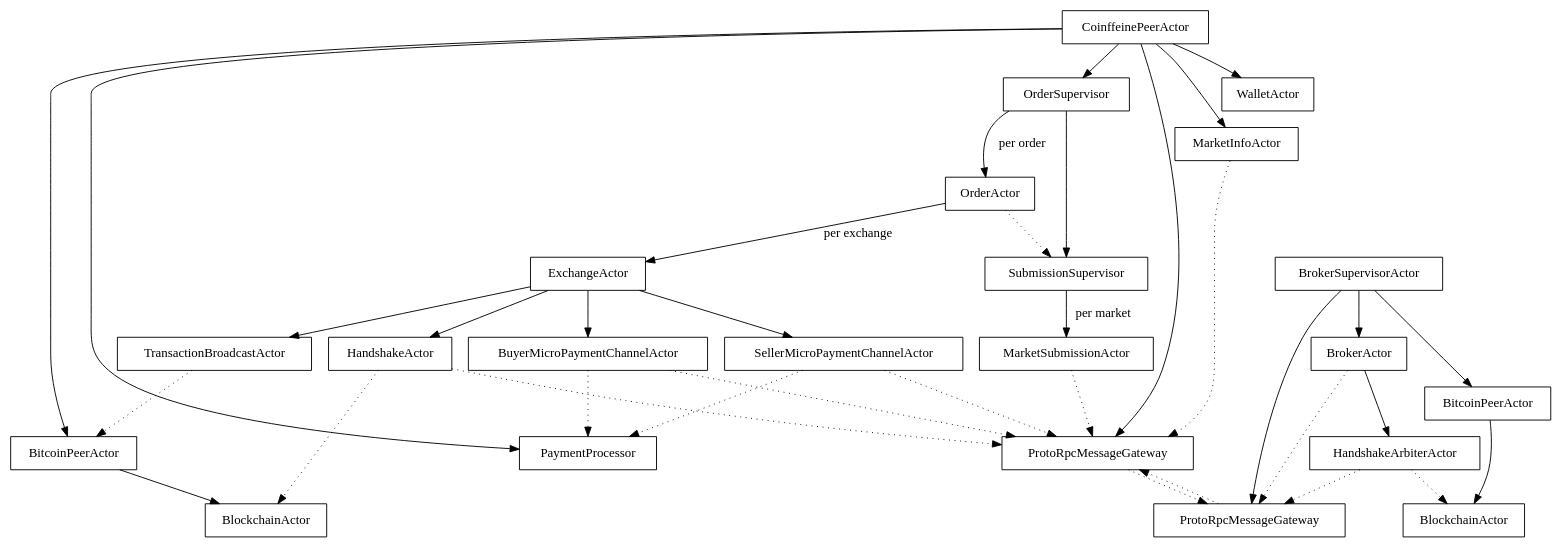
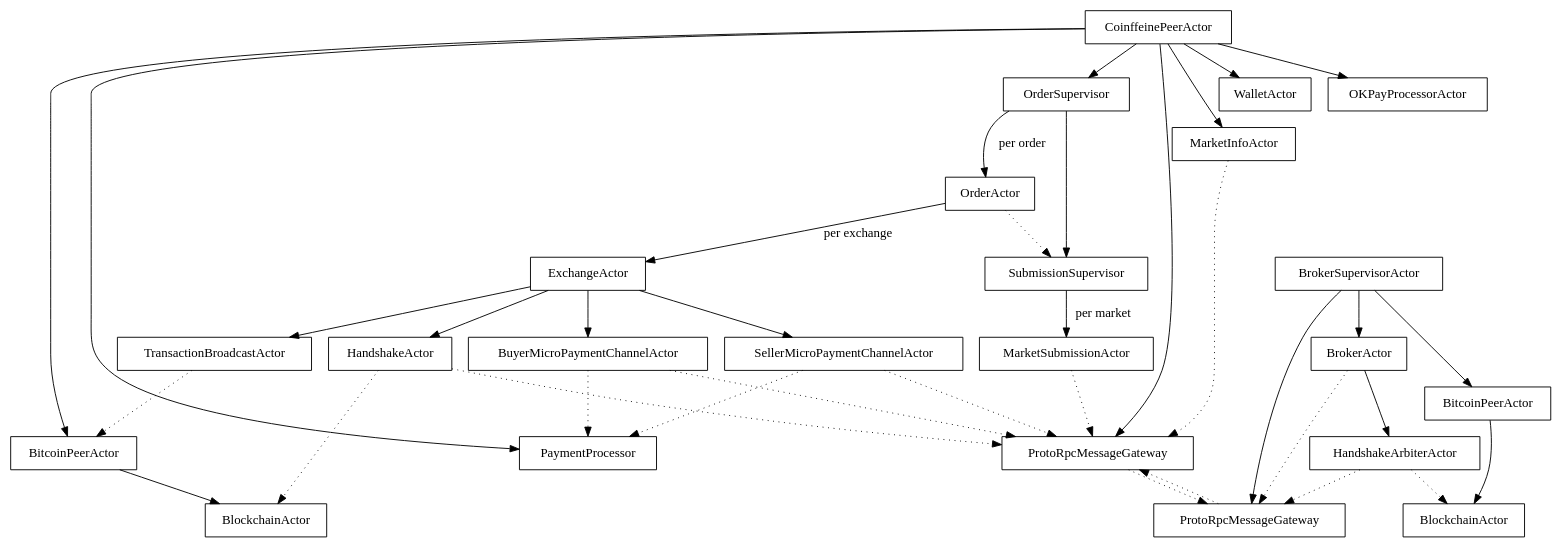
One commit to Gutalean/coinffeine changed the diagram in doc/graphviz/actor-supervision.dot. Above: the diagram before and after it, drawn with Graphviz.

Commit message:
Add the payment processor to the supervision diagram

```diff
--- a/doc/graphviz/actor-supervision.dot
+++ b/doc/graphviz/actor-supervision.dot
@@ -1,49 +1,50 @@
 digraph {
 	node[shape=rectangle];
 
 	ProtoRpcMessageGateway1[label="ProtoRpcMessageGateway"];
 	ProtoRpcMessageGateway2[label="ProtoRpcMessageGateway"];
 	ProtoRpcMessageGateway1 -> ProtoRpcMessageGateway2 [style=dotted];
 	ProtoRpcMessageGateway2 -> ProtoRpcMessageGateway1 [style=dotted];
 
 	BitcoinPeerActor1[label="BitcoinPeerActor"];
 	BlockchainActor1[label="BlockchainActor"];
 	BitcoinPeerActor1 -> BlockchainActor1;
 	BitcoinPeerActor2[label="BitcoinPeerActor"];
 	BlockchainActor2[label="BlockchainActor"];
 	BitcoinPeerActor2 -> BlockchainActor2;
 
 	#############################################################
 	# Client side
 	CoinffeinePeerActor -> ProtoRpcMessageGateway1, OrderSupervisor,
-                               BitcoinPeerActor1, PaymentProcessor, WalletActor;
+                               BitcoinPeerActor1, PaymentProcessor, WalletActor,
+			       OKPayProcessorActor;
 	CoinffeinePeerActor -> MarketInfoActor;
 
 	MarketInfoActor -> ProtoRpcMessageGateway1[style=dotted];
 	OrderSupervisor -> SubmissionSupervisor;
 	SubmissionSupervisor -> MarketSubmissionActor[label="per market"];
 	OrderSupervisor -> OrderActor[label="per order"];
 	OrderActor -> ExchangeActor [label="per exchange"];
 	MarketSubmissionActor -> ProtoRpcMessageGateway1[style=dotted];
 	OrderActor -> SubmissionSupervisor [style=dotted];
 
 	# Client exchange
 	ExchangeActor -> HandshakeActor, 
 		         BuyerMicroPaymentChannelActor, 
 		         SellerMicroPaymentChannelActor, 
 			 TransactionBroadcastActor;
 	HandshakeActor -> ProtoRpcMessageGateway1, BlockchainActor1 [style=dotted];
 	TransactionBroadcastActor -> BitcoinPeerActor1 [style=dotted];
 	BuyerMicroPaymentChannelActor -> ProtoRpcMessageGateway1, PaymentProcessor [style=dotted];
 	SellerMicroPaymentChannelActor -> ProtoRpcMessageGateway1, PaymentProcessor [style=dotted];
 
 
 	#############################################################
 	# Server side
 	BrokerSupervisorActor -> BrokerActor, ProtoRpcMessageGateway2,
  			         BitcoinPeerActor2;
 	BrokerActor -> ProtoRpcMessageGateway2[style=dotted];
 	BrokerActor -> HandshakeArbiterActor;
 	HandshakeArbiterActor -> ProtoRpcMessageGateway2[style=dotted];
 	HandshakeArbiterActor -> BlockchainActor2[style=dotted];
 }
```
